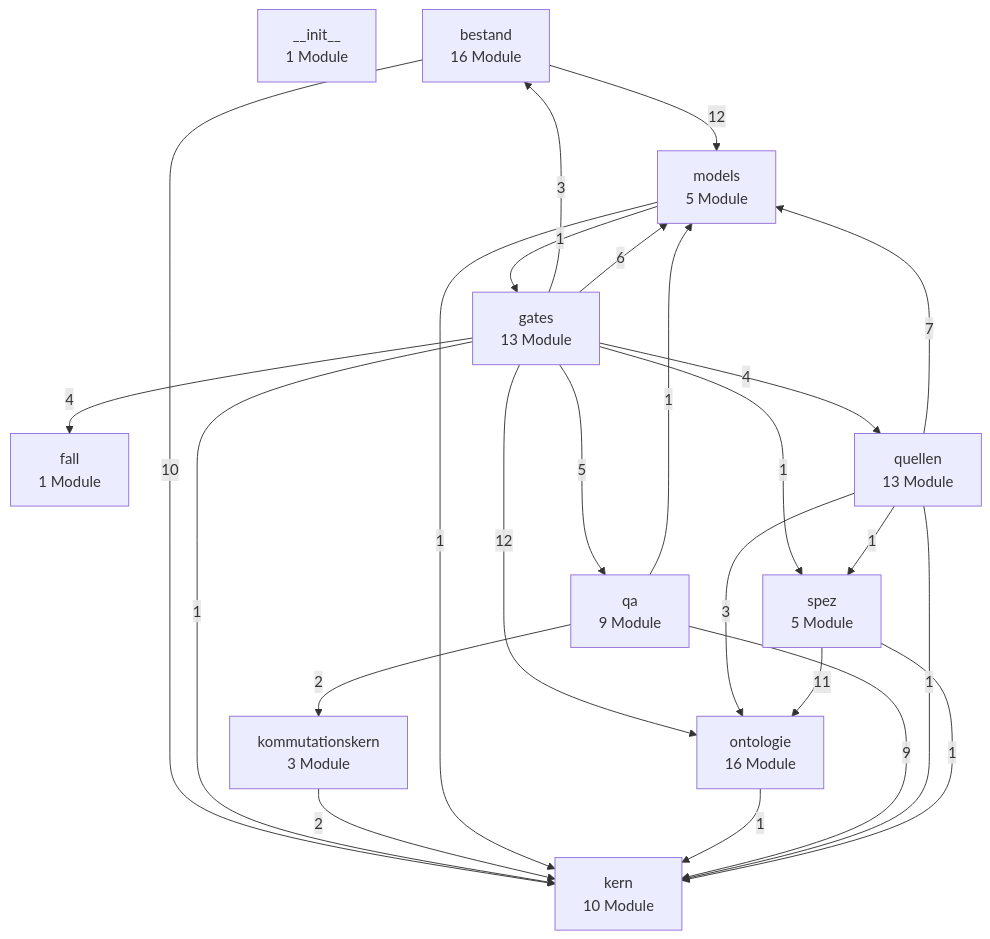
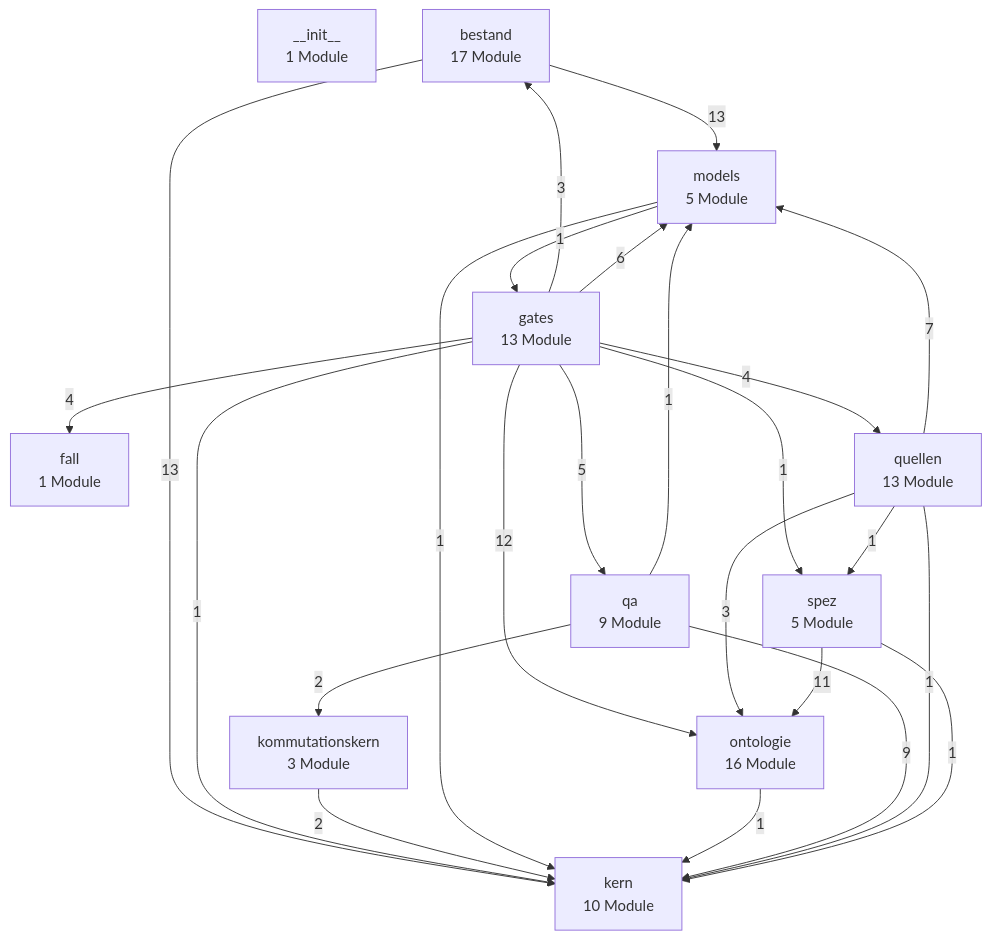
One commit to bartlmac/rechner-pipeline changed the first of 3 diagrams in docs/architektur/landkarte.md. Above: the diagram before and after it, drawn with Mermaid. The commit also changed other lines of this file and 2 other files, not shown here.

````diff
--- a/docs/architektur/landkarte.md
+++ b/docs/architektur/landkarte.md
@@ -27,38 +27,38 @@
 ```mermaid
 %% Schichten — erzeugt von ontologie.landkarte
 flowchart TD
     n__init__["__init__<br/>1 Module"]
-    bestand["bestand<br/>16 Module"]
+    bestand["bestand<br/>17 Module"]
     fall["fall<br/>1 Module"]
     gates["gates<br/>13 Module"]
     kern["kern<br/>10 Module"]
     kommutationskern["kommutationskern<br/>3 Module"]
     models["models<br/>5 Module"]
     ontologie["ontologie<br/>16 Module"]
     qa["qa<br/>9 Module"]
     quellen["quellen<br/>13 Module"]
     spez["spez<br/>5 Module"]
-    bestand -- 10 --> kern
-    bestand -- 12 --> models
+    bestand -- 13 --> kern
+    bestand -- 13 --> models
     gates -- 3 --> bestand
     gates -- 4 --> fall
     gates -- 1 --> kern
     gates -- 6 --> models
     gates -- 12 --> ontologie
     gates -- 5 --> qa
     gates -- 4 --> quellen
     gates -- 1 --> spez
     kommutationskern -- 2 --> kern
     models -- 1 --> gates
     models -- 1 --> kern
     ontologie -- 1 --> kern
     qa -- 9 --> kern
     qa -- 2 --> kommutationskern
     qa -- 1 --> models
     quellen -- 1 --> kern
     quellen -- 7 --> models
     quellen -- 3 --> ontologie
     quellen -- 1 --> spez
     spez -- 1 --> kern
     spez -- 11 --> ontologie
 ```
````
